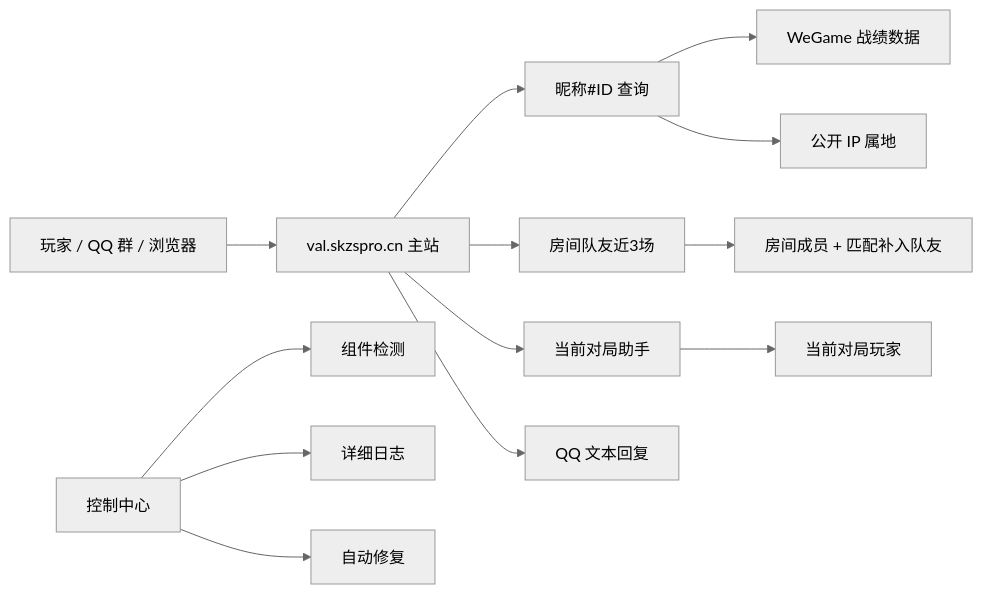
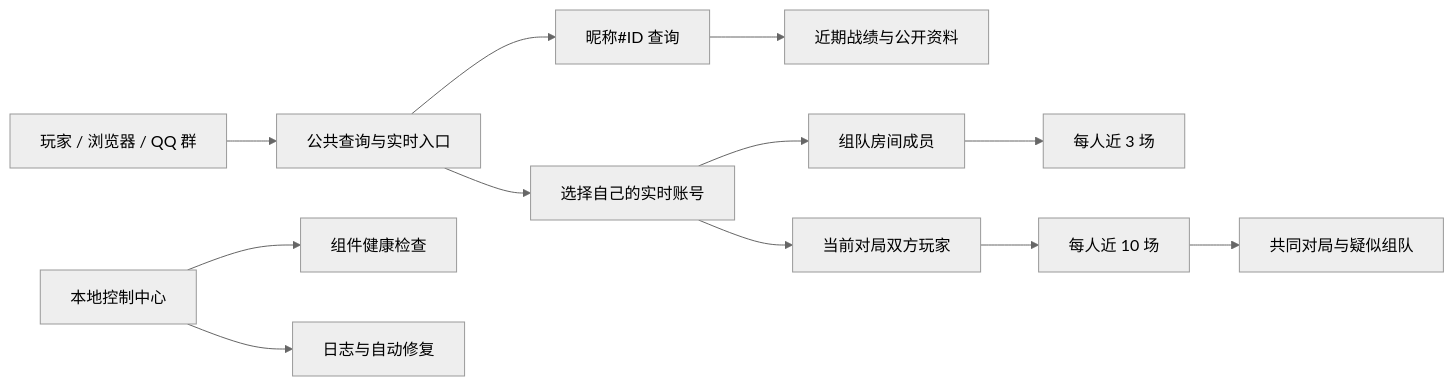
One commit to val0628/valorant-cn-stats-query changed the diagram in README.md. Above: the diagram before and after it, drawn with Mermaid (neutral theme). The commit also changed other lines of this file and 3 other files, not shown here.

````diff
--- a/README.md
+++ b/README.md
@@ -165,17 +229,18 @@
 ```mermaid
 flowchart LR
-  User["玩家 / QQ 群 / 浏览器"] --> Site["val.skzspro.cn 主站"]
-  Site --> Query["昵称#ID 查询"]
-  Site --> Room["房间队友近3场"]
-  Site --> Live["当前对局助手"]
-  Site --> Bot["QQ 文本回复"]
+  User["玩家 / 浏览器 / QQ 群"] --> Public["公共查询与实时入口"]
 
-  Query --> Wg["WeGame 战绩数据"]
-  Room --> Party["房间成员 + 匹配补入队友"]
-  Live --> Match["当前对局玩家"]
-  Query --> Location["公开 IP 属地"]
+  Public --> Query["昵称#ID 查询"]
+  Public --> Select["选择自己的实时账号"]
 
-  Ops["控制中心"] --> Health["组件检测"]
-  Ops --> Logs["详细日志"]
-  Ops --> Repair["自动修复"]
+  Query --> Records["近期战绩与公开资料"]
+  Select --> Room["组队房间成员"]
+  Select --> Match["当前对局双方玩家"]
+
+  Room --> Three["每人近 3 场"]
+  Match --> Ten["每人近 10 场"]
+  Ten --> Party["共同对局与疑似组队"]
+
+  Ops["本地控制中心"] --> Health["组件健康检查"]
+  Ops --> Logs["日志与自动修复"]
 ```
````
